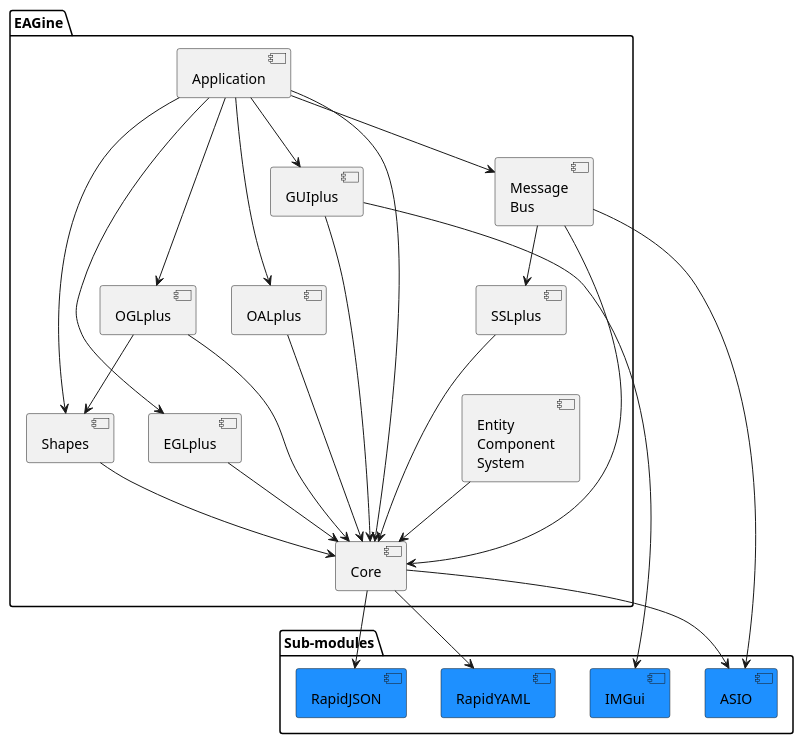
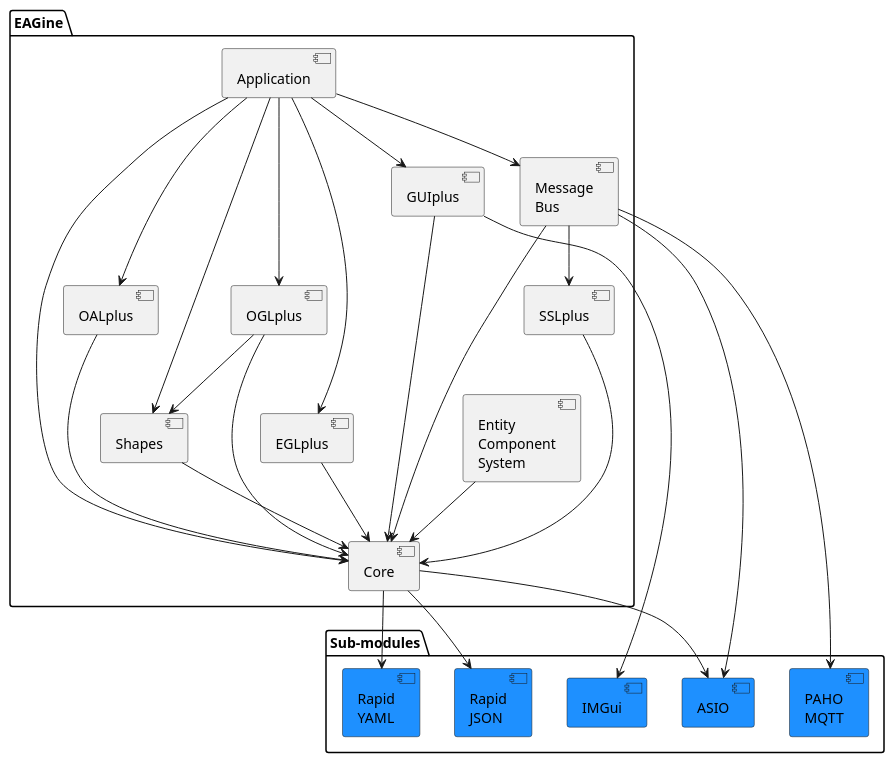
The diagram in doc/diagrams/eagine/components_sub.puml (matus-chochlik/eagine-all), drawn with PlantUML before and after one commit. The commit also changed 1 other file, not shown here.

Commit message:
Updated the components diagram

```diff
--- a/doc/diagrams/eagine/components_sub.puml
+++ b/doc/diagrams/eagine/components_sub.puml
@@ -1,51 +1,53 @@
 @startuml
 
 package Sub-modules {
 	component [ASIO] as asio #DodgerBlue
-	component [RapidJSON] as rapidjson #DodgerBlue
-	component [RapidYAML] as rapidyaml #DodgerBlue
+	component [PAHO\nMQTT] as paho #DodgerBlue
+	component [Rapid\nJSON] as rapidjson #DodgerBlue
+	component [Rapid\nYAML] as rapidyaml #DodgerBlue
 	component [IMGui] as imgui #DodgerBlue
 }
 
 package EAGine {
 	component [Core] as core
 	component [SSLplus] as sslplus
 	component [Shapes] as shapes
 	component [Message\nBus] as msgbus
 	component [EGLplus] as eglplus
 	component [OGLplus] as oglplus
 	component [OALplus] as oalplus
 	component [GUIplus] as guiplus
 	component [Entity\nComponent\nSystem] as ecs
 	component [Application] as app
 }
 
 core --> rapidjson
 core --> rapidyaml
 core --> asio
 msgbus --> asio
+msgbus --> paho
 guiplus --> imgui
 
 sslplus --> core
 shapes --> core
 msgbus --> sslplus
 msgbus --> core
 eglplus --> core
 oglplus --> core
 oglplus --> shapes
 oalplus --> core
 guiplus --> core
 ecs --> core
 app --> core
 app --> eglplus
 app --> oglplus
 app --> oalplus
 app --> guiplus
 app --> shapes
 app --> msgbus
 
 guiplus -[hidden]-> oglplus
 oglplus -[hidden]-> eglplus
 sslplus -[hidden]-> ecs
 
 @enduml
```
